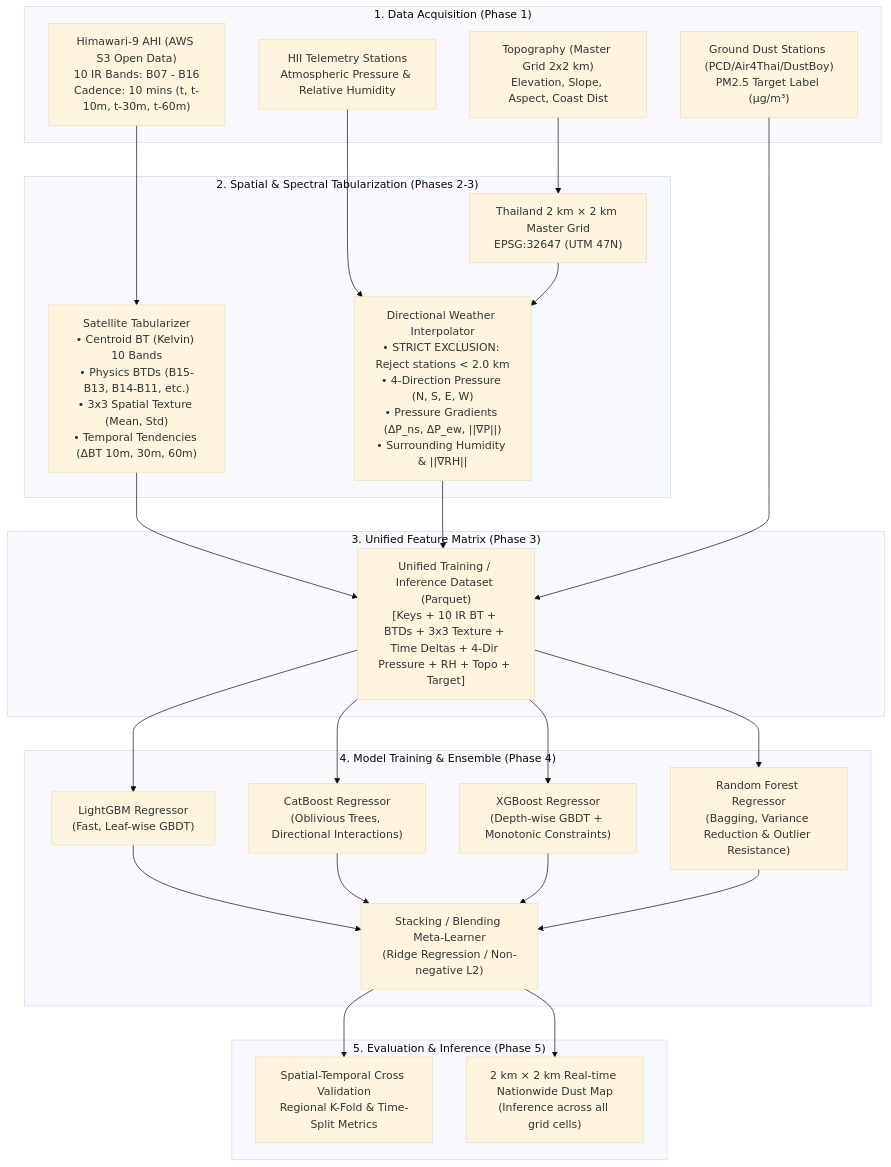
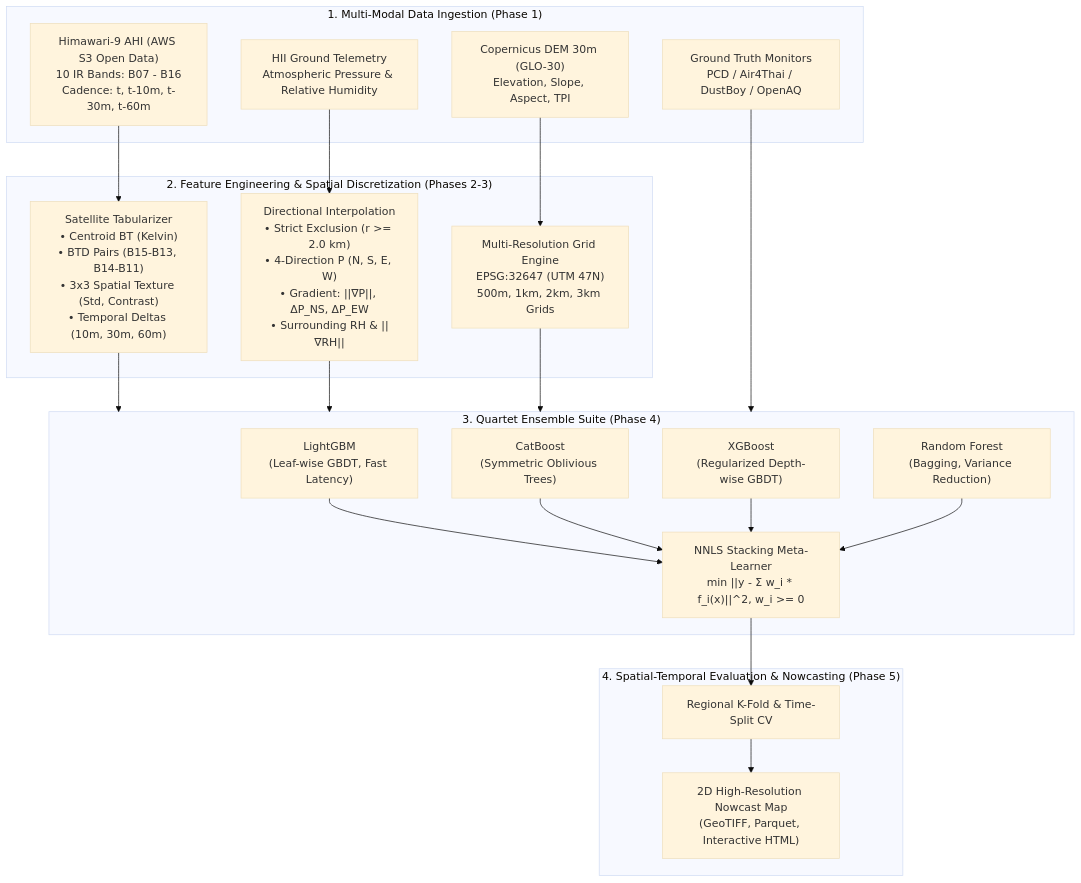
One commit to korarit/dust-from-satellite-image-thailand changed the diagram in README.md. Above: the diagram before and after it, drawn with Mermaid (base theme). The commit also changed other lines of this file and 1 other file, not shown here.

````diff
--- a/README.md
+++ b/README.md
@@ -16,53 +54,35 @@
 ```mermaid
 flowchart TD
-    subgraph DataSources ["1. Data Acquisition (Phase 1)"]
-        H9["Himawari-9 AHI (AWS S3 Open Data)<br>10 IR Bands: B07 - B16<br>Cadence: 10 mins (t, t-10m, t-30m, t-60m)"]
-        HII["HII Telemetry Stations<br>Atmospheric Pressure & Relative Humidity"]
-        DEM["Topography (Master Grid 2x2 km)<br>Elevation, Slope, Aspect, Coast Dist"]
-        Target["Ground Dust Stations (PCD/Air4Thai/DustBoy)<br>PM2.5 Target Label (µg/m³)"]
+    subgraph DataIngestion ["1. Multi-Modal Data Ingestion (Phase 1)"]
+        H9["Himawari-9 AHI (AWS S3 Open Data)<br>10 IR Bands: B07 - B16<br>Cadence: t, t-10m, t-30m, t-60m"]
+        HII["HII Ground Telemetry<br>Atmospheric Pressure & Relative Humidity"]
+        DEM["Copernicus DEM 30m (GLO-30)<br>Elevation, Slope, Aspect, TPI"]
+        GT["Ground Truth Monitors<br>PCD / Air4Thai / DustBoy / OpenAQ"]
     end
 
-    subgraph FeatureEngineering ["2. Spatial & Spectral Tabularization (Phases 2-3)"]
-        SatTab["Satellite Tabularizer<br>• Centroid BT (Kelvin) 10 Bands<br>• Physics BTDs (B15-B13, B14-B11, etc.)<br>• 3x3 Spatial Texture (Mean, Std)<br>• Temporal Tendencies (ΔBT 10m, 30m, 60m)"]
-        DirPress["Directional Weather Interpolator<br>• STRICT EXCLUSION: Reject stations < 2.0 km<br>• 4-Direction Pressure (N, S, E, W)<br>• Pressure Gradients (ΔP_ns, ΔP_ew, ||∇P||)<br>• Surrounding Humidity & ||∇RH||"]
-        GridMaster["Thailand 2 km × 2 km Master Grid<br>EPSG:32647 (UTM 47N)"]
+    subgraph FeatureEngineering ["2. Feature Engineering & Spatial Discretization (Phases 2-3)"]
+        SatTab["Satellite Tabularizer<br>• Centroid BT (Kelvin)<br>• BTD Pairs (B15-B13, B14-B11)<br>• 3x3 Spatial Texture (Std, Contrast)<br>• Temporal Deltas (10m, 30m, 60m)"]
+        DirPress["Directional Interpolation<br>• Strict Exclusion (r >= 2.0 km)<br>• 4-Direction P (N, S, E, W)<br>• Gradient: ||∇P||, ΔP_NS, ΔP_EW<br>• Surrounding RH & ||∇RH||"]
+        GridEng["Multi-Resolution Grid Engine<br>EPSG:32647 (UTM 47N)<br>500m, 1km, 2km, 3km Grids"]
     end
 
-    subgraph UnifiedMatrix ["3. Unified Feature Matrix (Phase 3)"]
-        Matrix["Unified Training / Inference Dataset (Parquet)<br>[Keys + 10 IR BT + BTDs + 3x3 Texture + Time Deltas + 4-Dir Pressure + RH + Topo + Target]"]
+    subgraph ModelingQuartet ["3. Quartet Ensemble Suite (Phase 4)"]
+        LGB["LightGBM<br>(Leaf-wise GBDT, Fast Latency)"]
+        CAT["CatBoost<br>(Symmetric Oblivious Trees)"]
+        XGB["XGBoost<br>(Regularized Depth-wise GBDT)"]
+        RF["Random Forest<br>(Bagging, Variance Reduction)"]
+        Meta["NNLS Stacking Meta-Learner<br>min ||y - Σ w_i * f_i(x)||^2, w_i >= 0"]
     end
 
-    subgraph ModelingSuite ["4. Model Training & Ensemble (Phase 4)"]
-        LGB["LightGBM Regressor<br>(Fast, Leaf-wise GBDT)"]
-        CAT["CatBoost Regressor<br>(Oblivious Trees, Directional Interactions)"]
-        XGB["XGBoost Regressor<br>(Depth-wise GBDT + Monotonic Constraints)"]
-        RF["Random Forest Regressor<br>(Bagging, Variance Reduction & Outlier Resistance)"]
-        Meta["Stacking / Blending Meta-Learner<br>(Ridge Regression / Non-negative L2)"]
-    end
-
-    subgraph EvaluationInference ["5. Evaluation & Inference (Phase 5)"]
-        Val["Spatial-Temporal Cross Validation<br>Regional K-Fold & Time-Split Metrics"]
-        Map["2 km × 2 km Real-time Nationwide Dust Map<br>(Inference across all grid cells)"]
+    subgraph EvaluationNowcast ["4. Spatial-Temporal Evaluation & Nowcasting (Phase 5)"]
+        CV["Regional K-Fold & Time-Split CV"]
+        Map["2D High-Resolution Nowcast Map<br>(GeoTIFF, Parquet, Interactive HTML)"]
     end
 
     H9 --> SatTab
     HII --> DirPress
-    DEM --> GridMaster
-    GridMaster --> DirPress
-    SatTab --> Matrix
-    DirPress --> Matrix
-    Target --> Matrix
-
-    Matrix --> LGB
-    Matrix --> CAT
-    Matrix --> XGB
-    Matrix --> RF
-
-    LGB --> Meta
-    CAT --> Meta
-    XGB --> Meta
-    RF --> Meta
-
-    Meta --> Val
-    Meta --> Map
+    DEM --> GridEng
+    SatTab & DirPress & GridEng & GT --> ModelingQuartet
+    LGB & CAT & XGB & RF --> Meta
+    Meta --> CV --> Map
 ```
````
